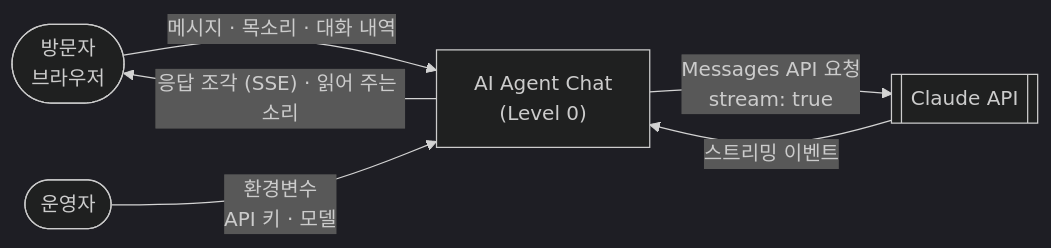
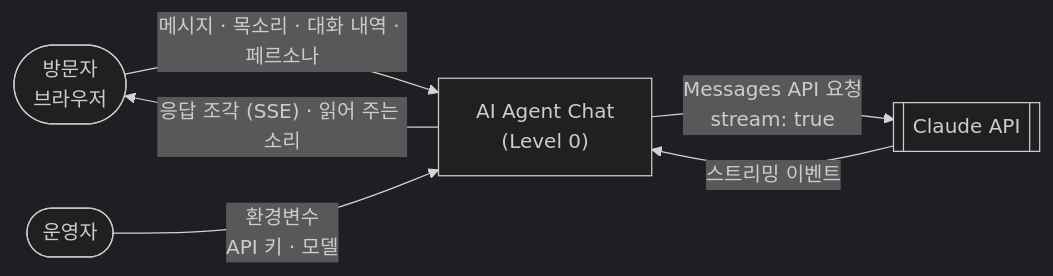
One commit to kimtaesung98/ai-agent-chat-demo changed the diagram in README.md. Above: the diagram before and after it, drawn with Mermaid (dark theme). The commit also changed other lines of this file and 17 other files, not shown here.

````diff
--- a/README.md
+++ b/README.md
@@ -49,8 +49,8 @@
 ```mermaid
 flowchart LR
-    User([방문자<br>브라우저]) -->|"메시지 · 목소리 · 대화 내역"| System["AI Agent Chat<br>(Level 0)"]
+    User([방문자<br>브라우저]) -->|"메시지 · 목소리 · 대화 내역 · 페르소나"| System["AI Agent Chat<br>(Level 0)"]
     System -->|"응답 조각 (SSE) · 읽어 주는 소리"| User
     Operator([운영자]) -->|"환경변수<br>API 키 · 모델"| System
     System -->|"Messages API 요청<br>stream: true"| Claude[[Claude API]]
     Claude -->|"스트리밍 이벤트"| System
 ```
````
